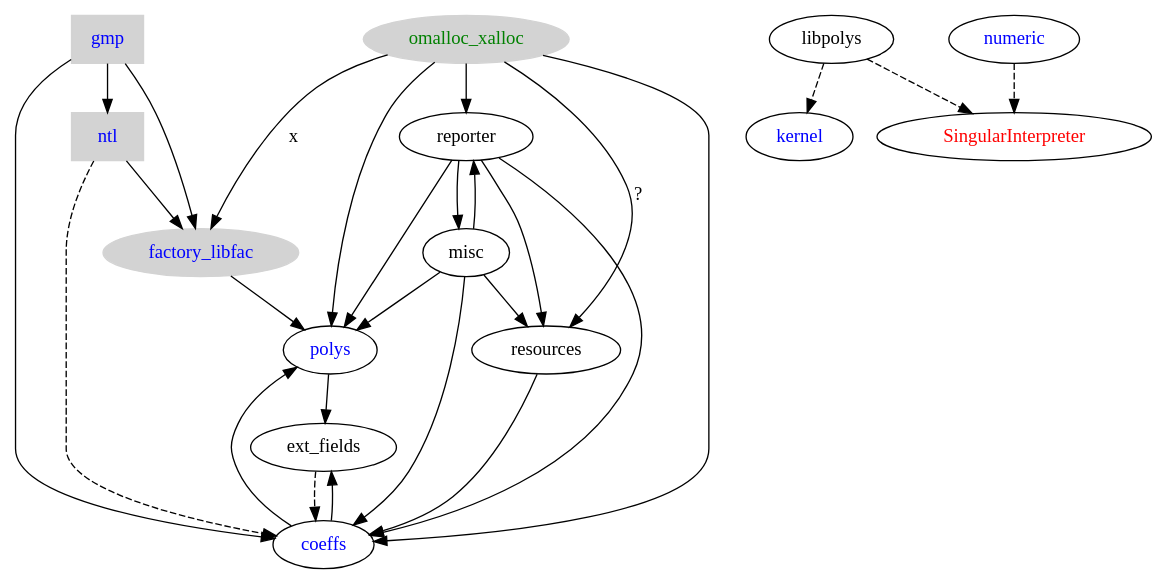
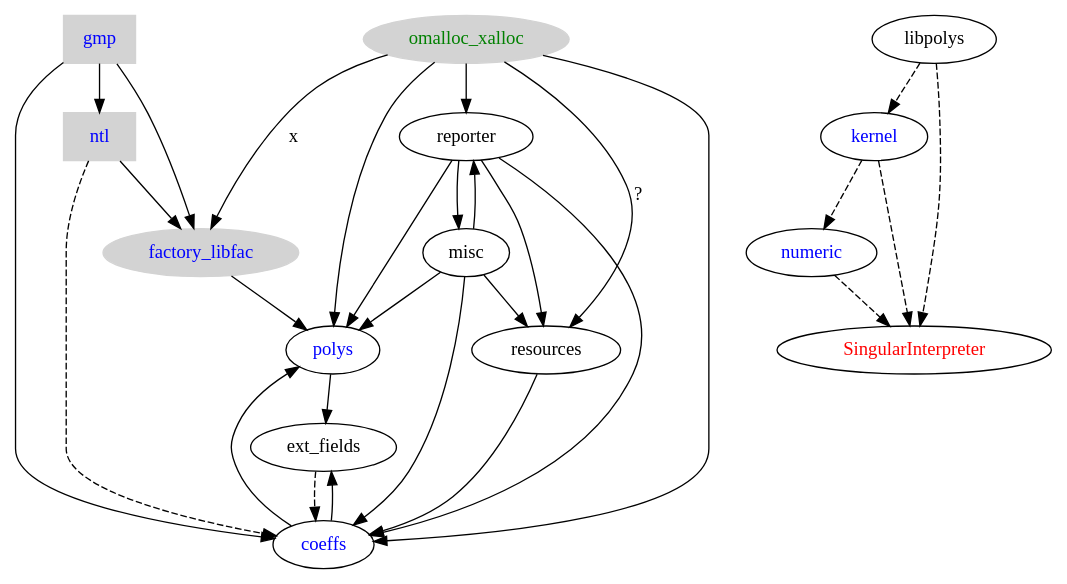
One commit to Singular/Singular changed the diagram in singular.dot. Above: the diagram before and after it, drawn with Graphviz.

Commit message:
ADD: better Singular structure

```diff
--- a/singular.dot
+++ b/singular.dot
@@ -1,46 +1,49 @@
 digraph singular {
 	gmp [ color=lightgrey, fontcolor=blue, style=filled, shape=box ];
 	gmp -> ntl;
 	gmp -> factory_libfac;
 	gmp -> coeffs;
 	ntl [ color=lightgrey, fontcolor=blue, style=filled, shape=box ];
 	ntl -> factory_libfac;
 	omalloc_xalloc [ color=lightgrey, fontcolor=green, style=filled ];
 	omalloc_xalloc -> factory_libfac [label="x"];
 	omalloc_xalloc -> reporter;
 	omalloc_xalloc -> resources [label="?"];
 	omalloc_xalloc -> coeffs;
 	omalloc_xalloc -> polys;
 	factory_libfac [ color=lightgrey, fontcolor=blue, style=filled ];
 	factory_libfac -> polys;
 	misc -> reporter;
 	misc -> resources;
 	misc -> coeffs;
 	misc -> polys;
 	reporter -> resources;
 	reporter -> coeffs;
 	reporter -> polys;
 	reporter -> misc;	
 	resources -> coeffs;
 	polys -> ext_fields;
 	coeffs -> ext_fields;	
         coeffs [ fontcolor=blue ];
 	coeffs -> polys;
 	edge [style=dashed];
 	ntl -> coeffs;
 	polys [ fontcolor=blue ];
 	ext_fields -> coeffs;
+
         kernel [ fontcolor=blue ];
 
         libpolys -> kernel;
         numeric [ fontcolor=blue ];
+	kernel -> numeric;
+	kernel -> SingularInterpreter;
         SingularInterpreter [ fontcolor=red ];
         numeric -> SingularInterpreter;
         libpolys -> SingularInterpreter;
 }
 
 // dot -Tpng -o singular.png singular.dot
 
 // boxed = third party
 // filled = external
 // blue = math
```
